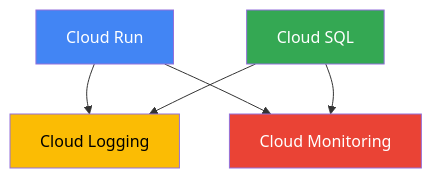
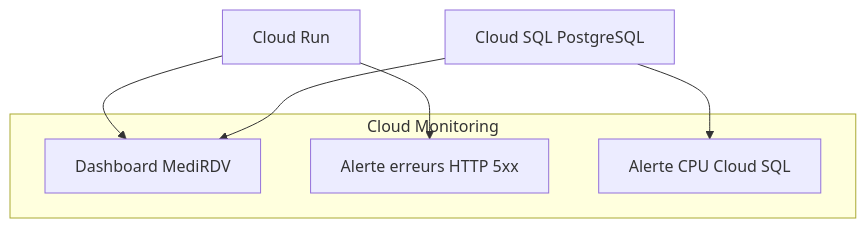
Before and after one commit to ismael-belghazi/medirdv: the diagram in terraform/modules/observability/README.md, drawn with Mermaid. The commit also changed other lines of this file and 6 other files, not shown here.

````diff
--- a/terraform/modules/observability/README.md
+++ b/terraform/modules/observability/README.md
@@ -64,19 +23,16 @@
 ```mermaid
-
 flowchart TD
     CR["Cloud Run"]
-    SQL["Cloud SQL"]
-    LOG["Cloud Logging"]
-    MON["Cloud Monitoring"]
+    SQL["Cloud SQL PostgreSQL"]
 
-    CR --> LOG
-    SQL --> LOG
-    CR --> MON
-    SQL --> MON
+    subgraph MON["Cloud Monitoring"]
+        DASH["Dashboard MediRDV"]
+        AR["Alerte erreurs HTTP 5xx"]
+        AS["Alerte CPU Cloud SQL"]
+    end
 
-    style CR fill:#4285F4,color:#fff
-    style SQL fill:#34A853,color:#fff
-    style LOG fill:#FBBC04,color:#000
-    style MON fill:#EA4335,color:#fff
-
+    CR --> DASH
+    CR --> AR
+    SQL --> DASH
+    SQL --> AS
 ```
````
